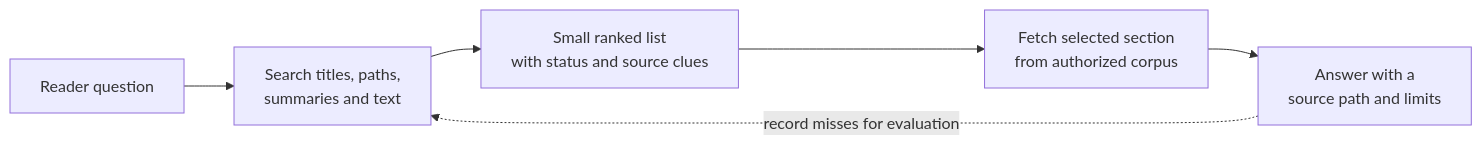
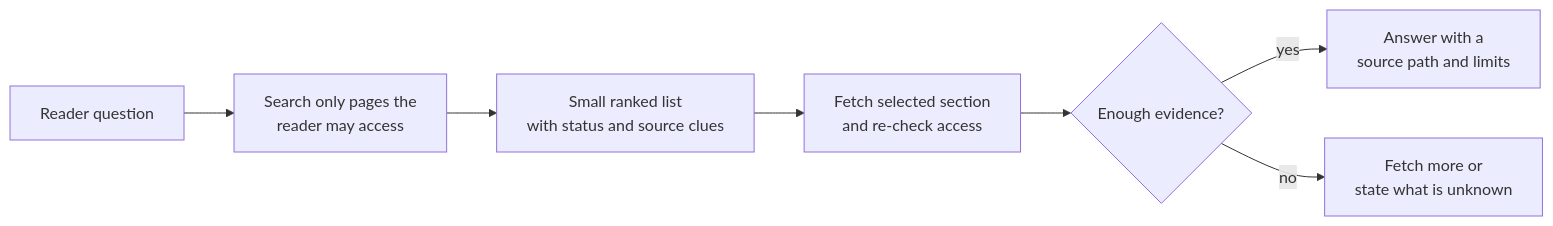
The diagram in knowledge/ai/ai-tooling/knowledge-bases/retrieval-and-context-efficiency.md (David-A18/MY-humble-knowledge-for-everyone), drawn with Mermaid before and after one commit. The commit also changed other lines of this file and 5 other files, not shown here.

Commit message:
Clarify beginner retrieval and evidence evaluation

````diff
--- a/knowledge/ai/ai-tooling/knowledge-bases/retrieval-and-context-efficiency.md
+++ b/knowledge/ai/ai-tooling/knowledge-bases/retrieval-and-context-efficiency.md
@@ -43,8 +46,9 @@
 ```mermaid
 flowchart LR
-  question["Reader question"] --> search["Search titles, paths,<br/>summaries and text"]
+  question["Reader question"] --> search["Search only pages the<br/>reader may access"]
   search --> hits["Small ranked list<br/>with status and source clues"]
-  hits --> fetch["Fetch selected section<br/>from authorized corpus"]
-  fetch --> answer["Answer with a<br/>source path and limits"]
-  answer -. "record misses for evaluation" .-> search
+  hits --> fetch["Fetch selected section<br/>and re-check access"]
+  fetch --> evidence{"Enough evidence?"}
+  evidence -- "yes" --> answer["Answer with a<br/>source path and limits"]
+  evidence -- "no" --> gap["Fetch more or<br/>state what is unknown"]
 ```
````
